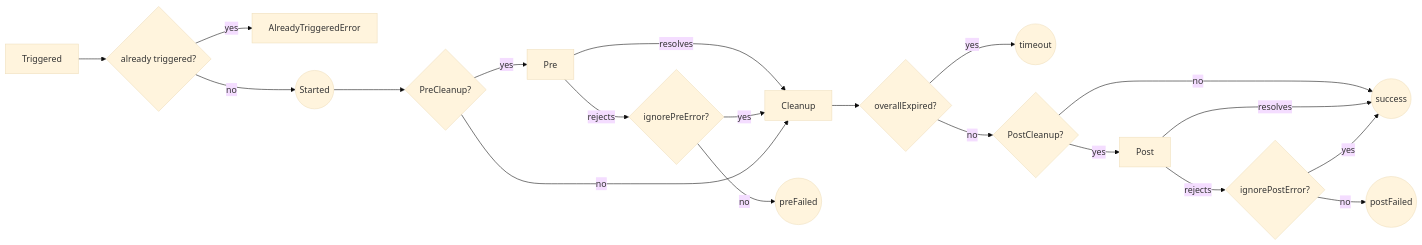
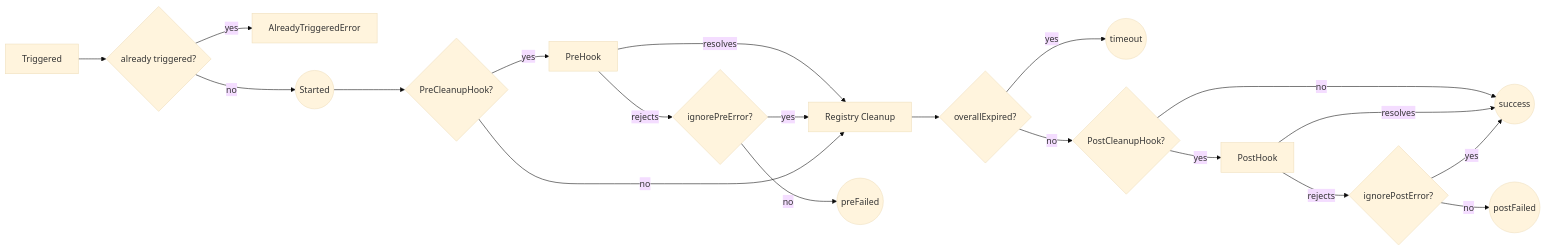
The first of 2 diagrams in README.md (MapColonies/cleanup-registry), drawn with Mermaid (base theme) before and after one commit. The commit also changed other lines of this file and 3 other files, not shown here.

````diff
--- a/README.md
+++ b/README.md
@@ -76,22 +78,22 @@
 ```mermaid
 flowchart LR
     A[Triggered] -->B{already triggered?}
     B -->|yes| C[AlreadyTriggeredError]
     B -->|no| D((Started))
-    D -->E{PreCleanup?}
-    E -->|yes| F[Pre]
+    D -->E{PreCleanupHook?}
+    E -->|yes| F[PreHook]
     F -->|resolves| G
     F -->|rejects| H{ignorePreError?}
-    H -->|yes| G[Cleanup]
+    H -->|yes| G[Registry Cleanup]
     H -->|no| I((preFailed))
     E -->|no| G
     G -->J{overallExpired?}
     J -->|yes| K((timeout))
-    J -->|no| L{PostCleanup?}
-    L -->|yes| M[Post]
+    J -->|no| L{PostCleanupHook?}
+    L -->|yes| M[PostHook]
     L -->|no| P
     M -->|resolves| P((success))
     M -->|rejects| N{ignorePostError?}
     N -->|no| O((postFailed))
     N -->|yes| P
 ```
````
